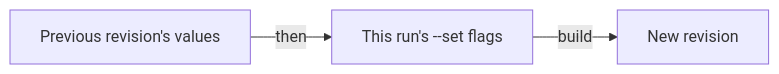
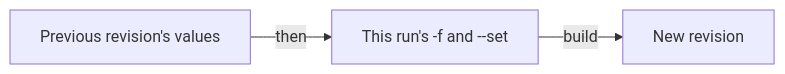
One commit to astrona-io/ATS013 changed the second of 2 diagrams in sections/section-030/module-01/course-02-how-upgrade-computes-values.md. Above: the diagram before and after it, drawn with Mermaid. The commit also changed other lines of this file and 16 other files, not shown here.

````diff
--- a/sections/section-030/module-01/course-02-how-upgrade-computes-values.md
+++ b/sections/section-030/module-01/course-02-how-upgrade-computes-values.md
@@ -27,5 +29,5 @@
 ```mermaid
 flowchart LR
-    P["Previous revision's values"] -->|"then"| S["This run's --set flags"]
+    P["Previous revision's values"] -->|"then"| S["This run's -f and --set"]
     S -->|"build"| N["New revision"]
 ```
````
